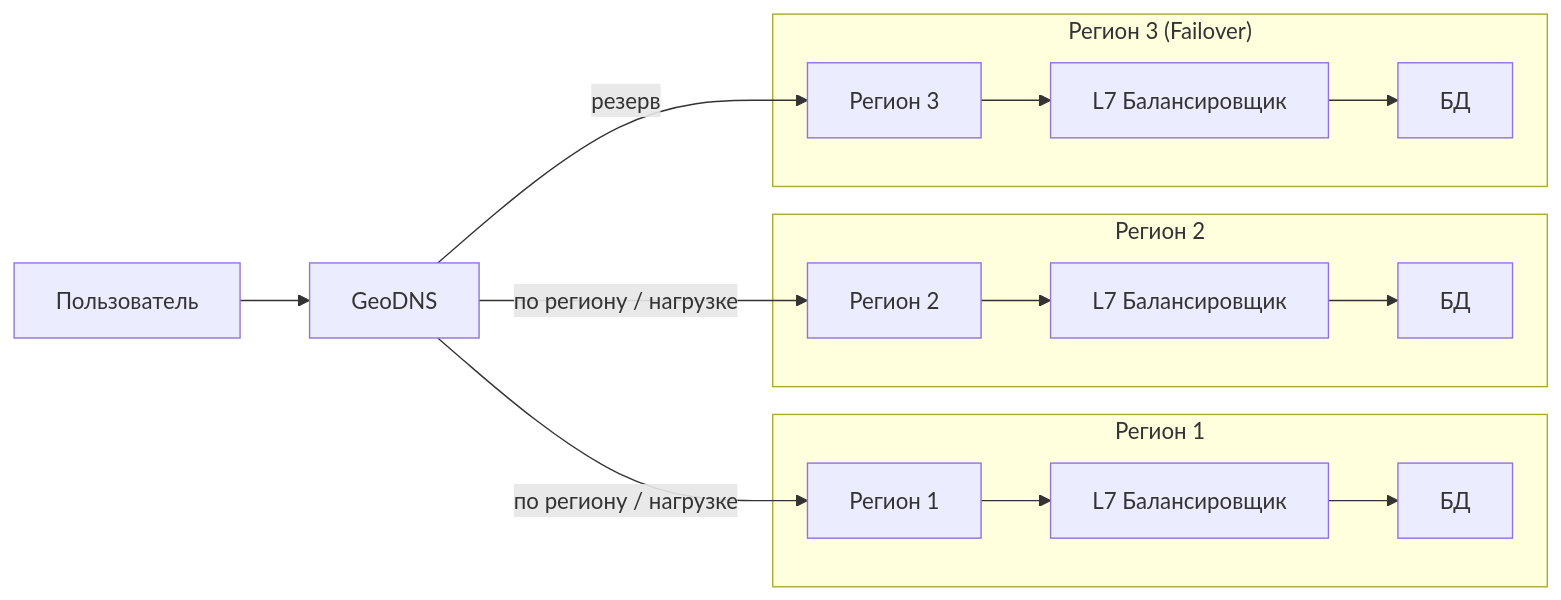
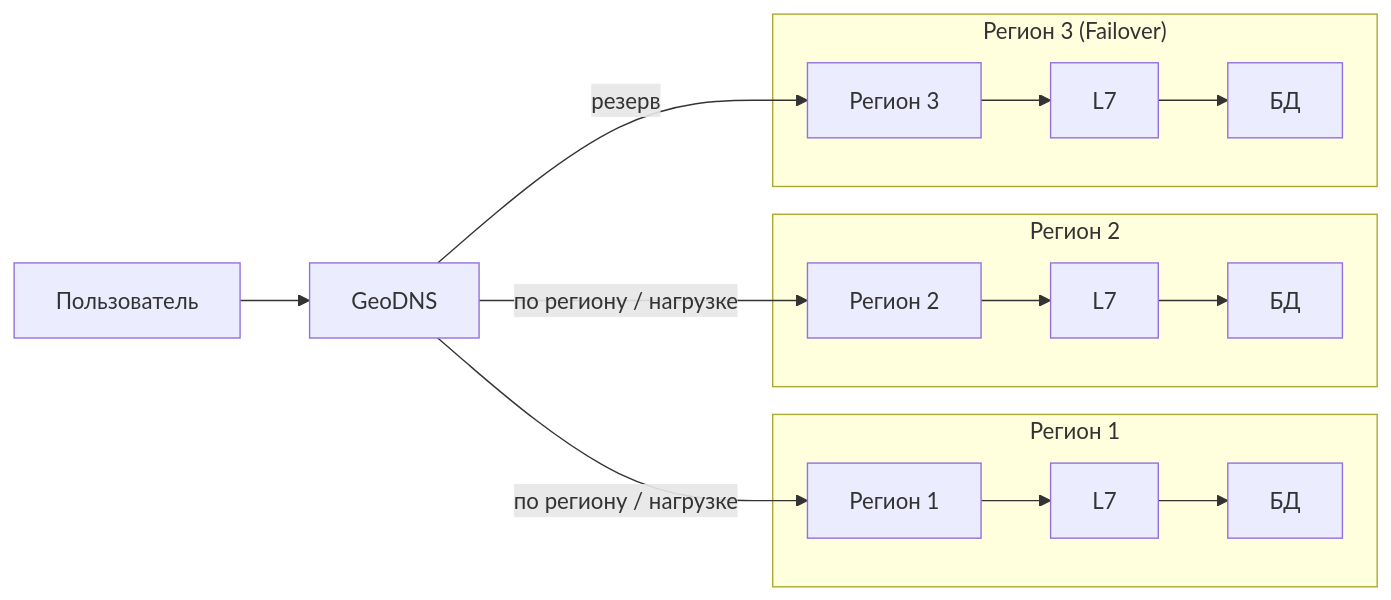
The first of 3 diagrams in README.md (onionfriend2004/Highload_VK_Coursework), drawn with Mermaid before and after one commit. The commit also changed other lines of this file and 1 other file, not shown here.

````diff
--- a/README.md
+++ b/README.md
@@ -302,25 +304,25 @@
 ```mermaid
 flowchart LR
     U[Пользователь] --> D[GeoDNS]
     D -->|по региону / нагрузке| R1[Регион 1]
     D -->|по региону / нагрузке| R2[Регион 2]
     D -->|резерв| R3[Регион 3]
 
     %% Регион 1
     subgraph "Регион 1"
-        R1 --> LB1[L7 Балансировщик]
+        R1 --> LB1[L7]
         LB1 --> P1[БД]
     end
 
     %% Регион 2
     subgraph "Регион 2"
-        R2 --> LB2[L7 Балансировщик]
+        R2 --> LB2[L7]
         LB2 --> P2[БД]
     end
 
     %% Регион 3 (Failover)
     subgraph "Регион 3 (Failover)"
-        R3 --> LB3[L7 Балансировщик]
+        R3 --> LB3[L7]
         LB3 --> P3[БД]
     end
 ```
````
